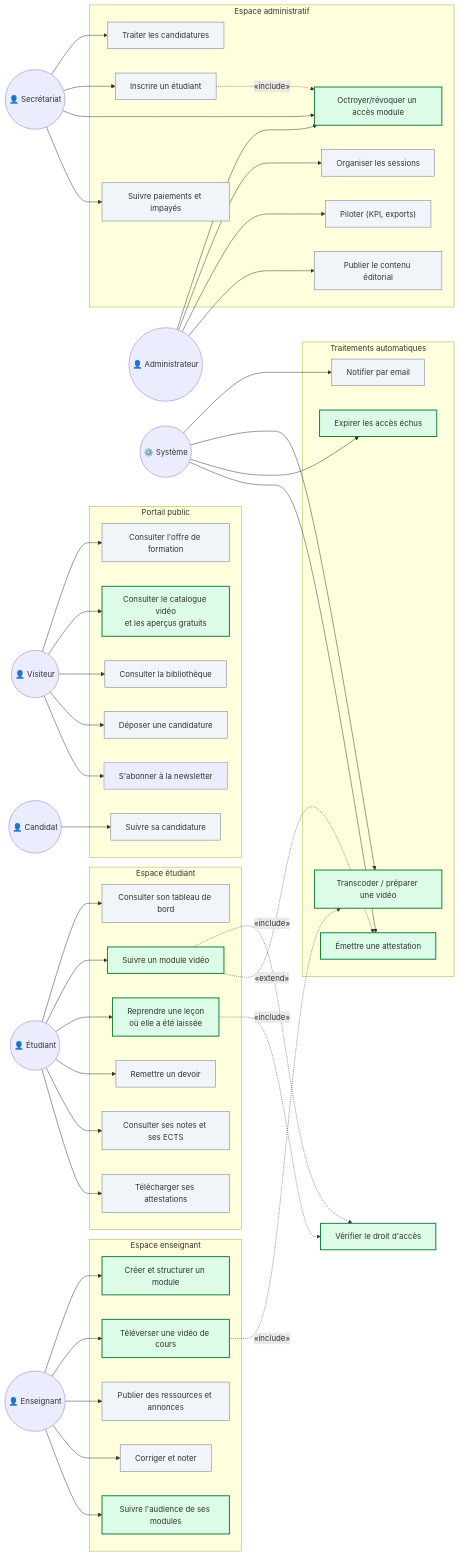
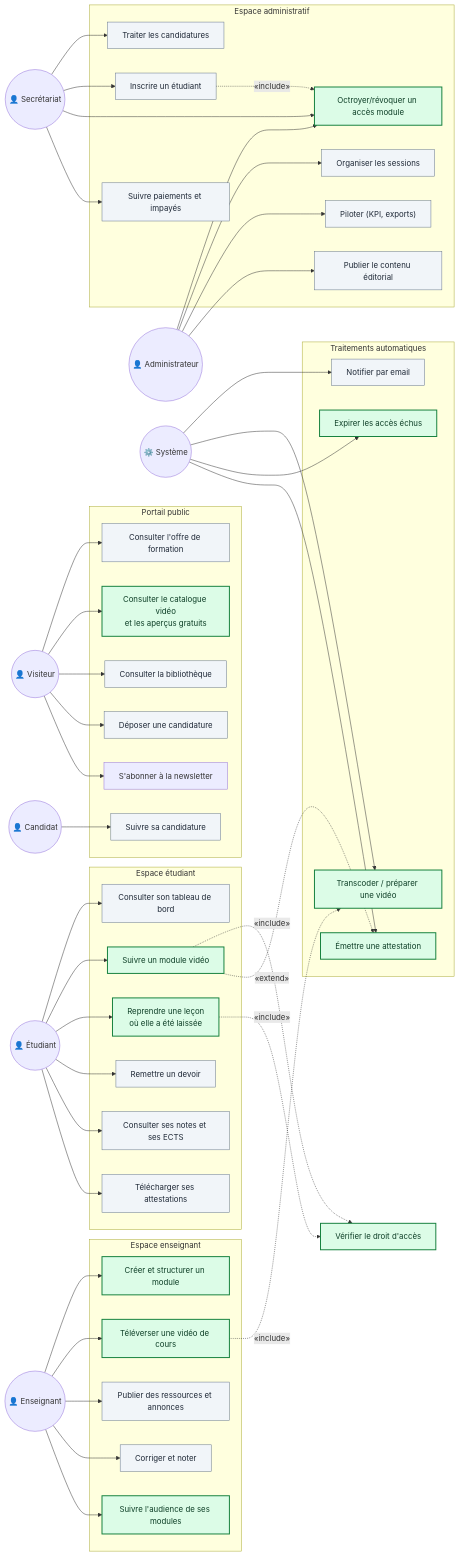
Before and after one commit to beaudelaire1/iteag: the first of 22 diagrams in docs/architecture/uml.md, drawn with Mermaid. The commit also changed other lines of this file and 1 other file, not shown here.

First line of the commit message:
docs(uml): corriger la lisibilité des diagrammes en thème sombre

````diff
--- a/docs/architecture/uml.md
+++ b/docs/architecture/uml.md
@@ -59,72 +59,72 @@
 ```mermaid
 graph LR
     Visiteur(("👤 Visiteur"))
     Candidat(("👤 Candidat"))
     Etudiant(("👤 Étudiant"))
     Enseignant(("👤 Enseignant"))
     Secretariat(("👤 Secrétariat"))
     Admin(("👤 Administrateur"))
     Systeme(("⚙️ Système"))
 
     subgraph PUB["Portail public"]
         UC1["Consulter l'offre de formation"]
         UC2["Consulter le catalogue vidéo<br/>et les aperçus gratuits"]
         UC3["Consulter la bibliothèque"]
         UC4["Déposer une candidature"]
         UC5["Suivre sa candidature"]
         UC6["S'abonner à la newsletter"]
     end
 
     subgraph ETU["Espace étudiant"]
         UC10["Consulter son tableau de bord"]
         UC11["Suivre un module vidéo"]
         UC12["Reprendre une leçon<br/>où elle a été laissée"]
         UC13["Remettre un devoir"]
         UC14["Consulter ses notes et ses ECTS"]
         UC15["Télécharger ses attestations"]
     end
 
     subgraph ENS["Espace enseignant"]
         UC20["Créer et structurer un module"]
         UC21["Téléverser une vidéo de cours"]
         UC22["Publier des ressources et annonces"]
         UC23["Corriger et noter"]
         UC24["Suivre l'audience de ses modules"]
     end
 
     subgraph ADM["Espace administratif"]
         UC30["Traiter les candidatures"]
         UC31["Inscrire un étudiant"]
         UC32["Octroyer/révoquer un accès module"]
         UC33["Organiser les sessions"]
         UC34["Suivre paiements et impayés"]
         UC35["Piloter (KPI, exports)"]
         UC36["Publier le contenu éditorial"]
     end
 
     subgraph SYS["Traitements automatiques"]
         UC40["Notifier par email"]
         UC41["Transcoder / préparer une vidéo"]
         UC42["Expirer les accès échus"]
         UC43["Émettre une attestation"]
     end
 
     Visiteur --> UC1 & UC2 & UC3 & UC4 & UC6
     Candidat --> UC5
     Etudiant --> UC10 & UC11 & UC12 & UC13 & UC14 & UC15
     Enseignant --> UC20 & UC21 & UC22 & UC23 & UC24
     Secretariat --> UC30 & UC31 & UC32 & UC34
     Admin --> UC32 & UC33 & UC35 & UC36
     Systeme --> UC40 & UC41 & UC42 & UC43
 
     UC11 -.->|"«include»"| UC50["Vérifier le droit d'accès"]
     UC12 -.->|"«include»"| UC50
     UC21 -.->|"«include»"| UC41
     UC31 -.->|"«include»"| UC32
     UC11 -.->|"«extend»"| UC43
 
-    classDef nouveau fill:#DCFCE7,stroke:#15803D,stroke-width:2px
-    classDef existant fill:#F1F5F9,stroke:#64748B
+    classDef nouveau fill:#DCFCE7,stroke:#15803D,stroke-width:2px,color:#0E3F27
+    classDef existant fill:#F1F5F9,stroke:#64748B,color:#1F2937
     class UC2,UC11,UC12,UC20,UC21,UC24,UC32,UC41,UC42,UC43,UC50 nouveau
     class UC1,UC3,UC4,UC5,UC10,UC13,UC14,UC15,UC22,UC23,UC30,UC31,UC33,UC34,UC35,UC36,UC40 existant
 ```
````
